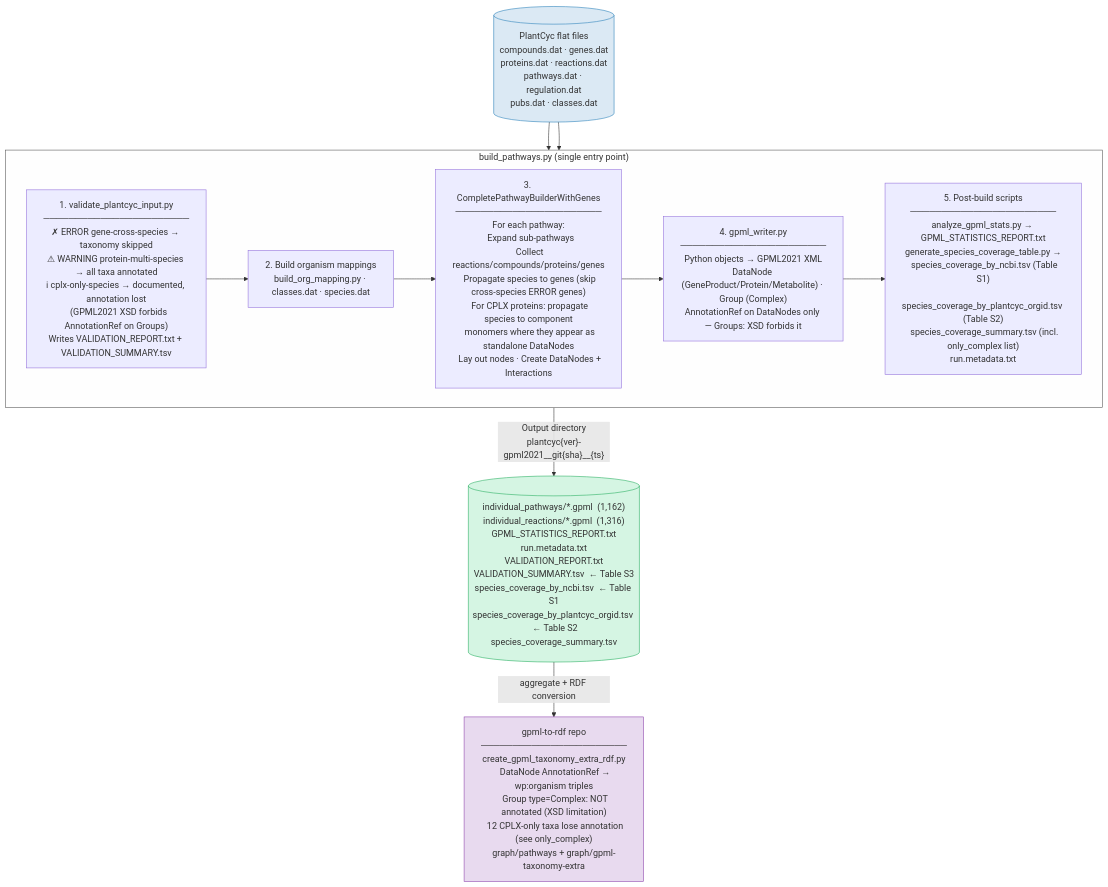
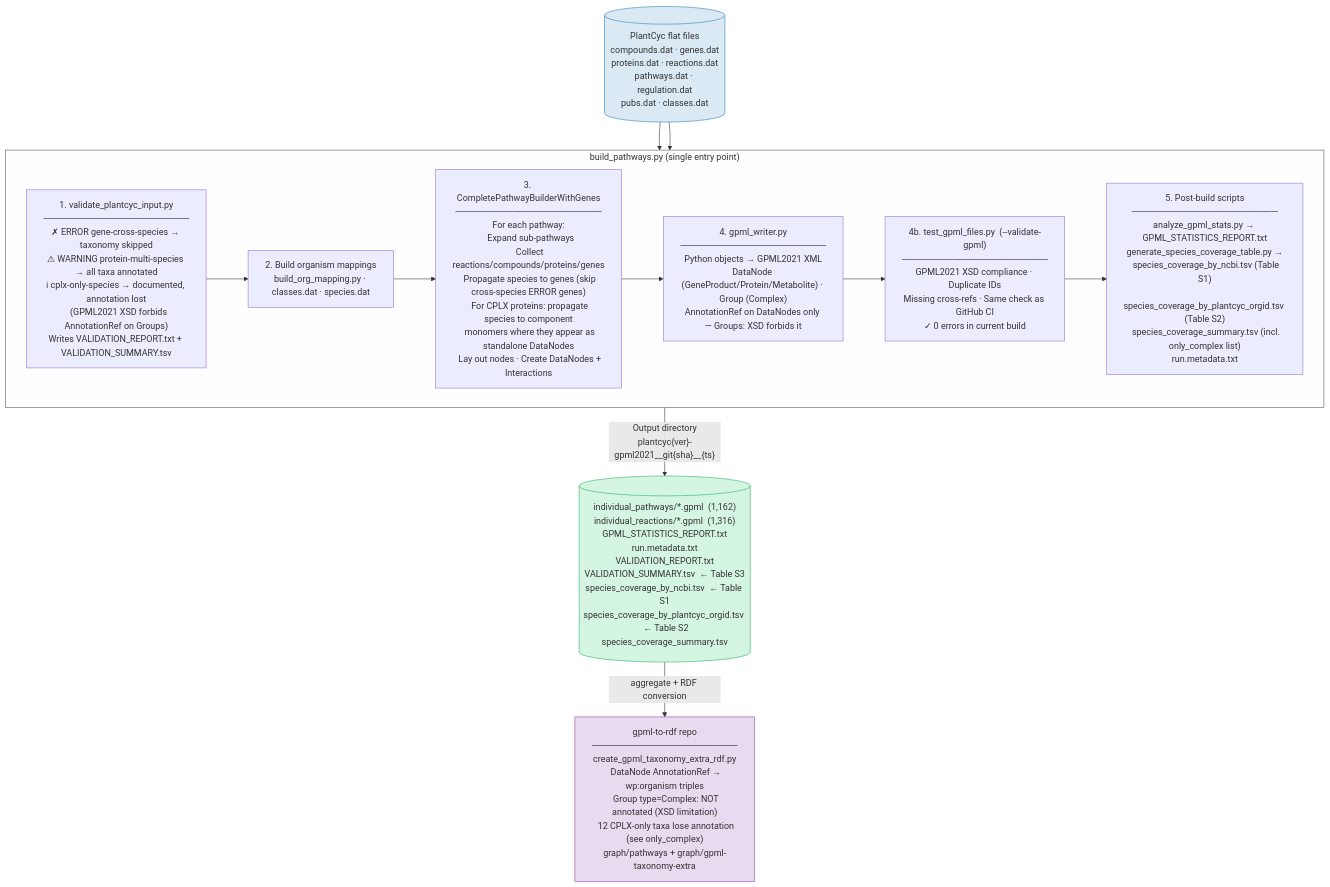
Before and after one commit to pathway-lod/Cyc_to_wiki: the diagram in README.md, drawn with Mermaid. The commit also changed other lines of this file and 1 other file, not shown here.

First line of the commit message:
Add --validate-gpml flag to build_pathways.py; document test_gpml_files.py

````diff
--- a/README.md
+++ b/README.md
@@ -447,26 +449,27 @@
 ```mermaid
 flowchart TD
     A[("PlantCyc flat files\ncompounds.dat · genes.dat\nproteins.dat · reactions.dat\npathways.dat · regulation.dat\npubs.dat · classes.dat")] --> MAIN
 
     subgraph MAIN ["build_pathways.py  (single entry point)"]
         V["1. validate_plantcyc_input.py\n───────────────────────\n✗ ERROR gene-cross-species → taxonomy skipped\n⚠ WARNING protein-multi-species → all taxa annotated\nℹ cplx-only-species → documented, annotation lost\n   (GPML2021 XSD forbids AnnotationRef on Groups)\nWrites VALIDATION_REPORT.txt + VALIDATION_SUMMARY.tsv"]
         B["2. Build organism mappings\nbuild_org_mapping.py · classes.dat · species.dat"]
         C["3. CompletePathwayBuilderWithGenes\n───────────────────────\nFor each pathway:\n  Expand sub-pathways\n  Collect reactions/compounds/proteins/genes\n  Propagate species to genes (skip cross-species ERROR genes)\n  For CPLX proteins: propagate species to component\n  monomers where they appear as standalone DataNodes\n  Lay out nodes · Create DataNodes + Interactions"]
         D["4. gpml_writer.py\n───────────────────────\nPython objects → GPML2021 XML\nDataNode (GeneProduct/Protein/Metabolite) · Group (Complex)\nAnnotationRef on DataNodes only — Groups: XSD forbids it"]
+        XSD["4b. test_gpml_files.py  (--validate-gpml)\n───────────────────────\nGPML2021 XSD compliance · Duplicate IDs\nMissing cross-refs · Same check as GitHub CI\n✓ 0 errors in current build"]
         S["5. Post-build scripts\n───────────────────────\nanalyze_gpml_stats.py → GPML_STATISTICS_REPORT.txt\ngenerate_species_coverage_table.py →\n  species_coverage_by_ncbi.tsv (Table S1)\n  species_coverage_by_plantcyc_orgid.tsv (Table S2)\n  species_coverage_summary.tsv (incl. only_complex list)\nrun.metadata.txt"]
-        V --> B --> C --> D --> S
+        V --> B --> C --> D --> XSD --> S
     end
 
     A --> MAIN
 
     MAIN -->|"Output directory\nplantcyc{ver}-gpml2021__git{sha}__{ts}"| OUT
 
     OUT[("individual_pathways/*.gpml  (1,162)\nindividual_reactions/*.gpml  (1,316)\nGPML_STATISTICS_REPORT.txt\nrun.metadata.txt\nVALIDATION_REPORT.txt\nVALIDATION_SUMMARY.tsv  ← Table S3\nspecies_coverage_by_ncbi.tsv  ← Table S1\nspecies_coverage_by_plantcyc_orgid.tsv  ← Table S2\nspecies_coverage_summary.tsv")]
 
     OUT -->|"aggregate + RDF conversion"| E["gpml-to-rdf repo\n───────────────────────\ncreate_gpml_taxonomy_extra_rdf.py\n  DataNode AnnotationRef → wp:organism triples\n  Group type=Complex: NOT annotated (XSD limitation)\n  12 CPLX-only taxa lose annotation (see only_complex)\ngraph/pathways + graph/gpml-taxonomy-extra"]
 
     style A fill:#dbe9f4,stroke:#2980b9
     style OUT fill:#d5f5e3,stroke:#27ae60
     style E fill:#e8daef,stroke:#8e44ad
     style MAIN fill:#fefefe,stroke:#555
 ```
````
